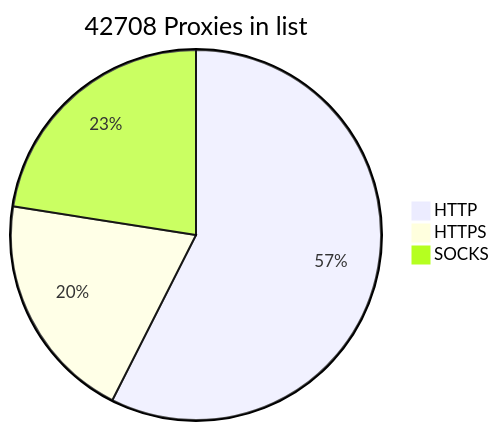
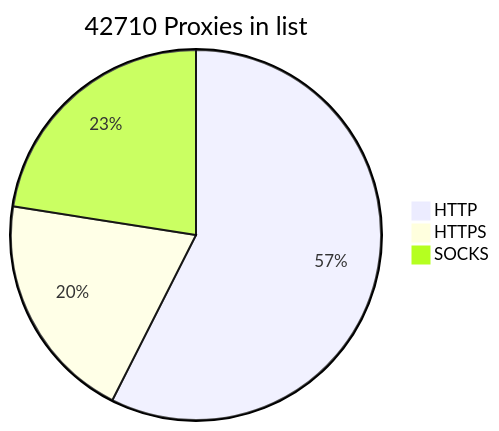
Before and after one commit to BlackSnowDot/proxylist-update-every-minute: the diagram in README.md, drawn with Mermaid.

````diff
--- a/README.md
+++ b/README.md
@@ -2,6 +2,6 @@
 ```mermaid
-pie title 42708 Proxies in list
-    "HTTP" : 28283
-    "HTTPS": 9852
+pie title 42710 Proxies in list
+    "HTTP" : 28285
+    "HTTPS": 9854
     "SOCKS" : 11087
 ```
````
